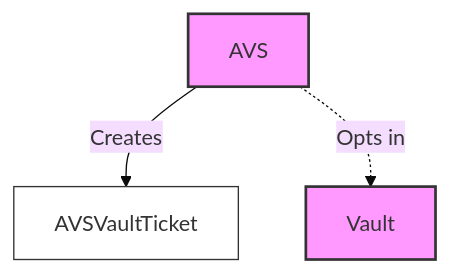
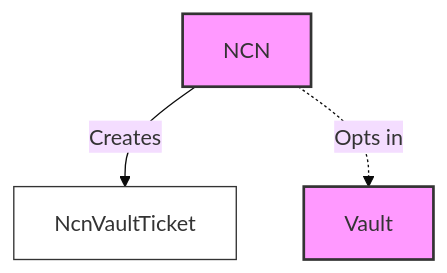
Before and after one commit to jito-foundation/restaking: the third of 5 diagrams in docs/concepts/restaking_program.md, drawn with Mermaid (base theme). The commit also changed other lines of this file and 61 other files, not shown here.

Commit message:
Rename AVS -> NCN (#25)

````diff
--- a/docs/concepts/restaking_program.md
+++ b/docs/concepts/restaking_program.md
@@ -90,10 +90,10 @@
 ```mermaid
 graph TD
     classDef main fill: #f9f, stroke: #333, stroke-width: 2px;
     classDef ticket fill: #fff, stroke: #333, stroke-width: 1px;
-    AVS[AVS]:::main
+    NCN[NCN]:::main
     Vault[Vault]:::main
-    AvsVaultTicket[AVSVaultTicket]:::ticket
-    AVS -->|Creates| AvsVaultTicket
-    AVS -.->|Opts in| Vault
+    NcnVaultTicket[NcnVaultTicket]:::ticket
+    NCN -->|Creates| NcnVaultTicket
+    NCN -.->|Opts in| Vault
 ```
````
